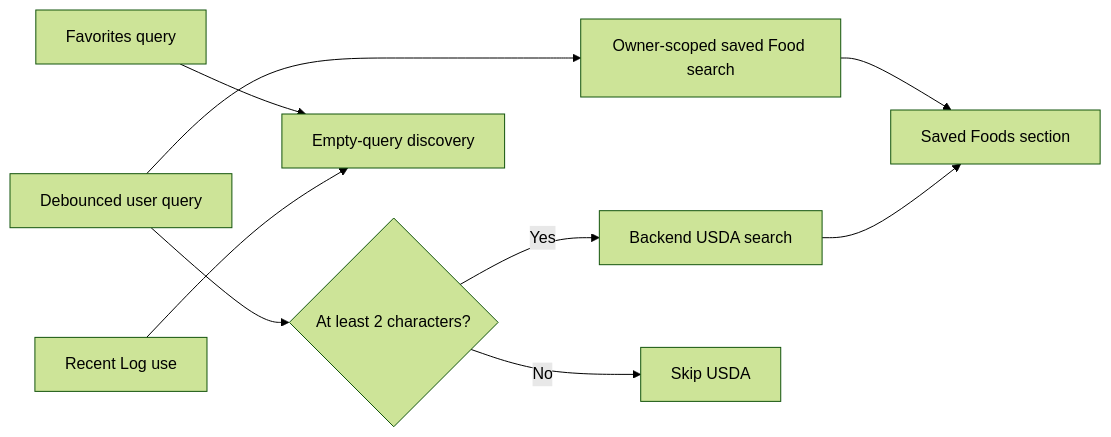
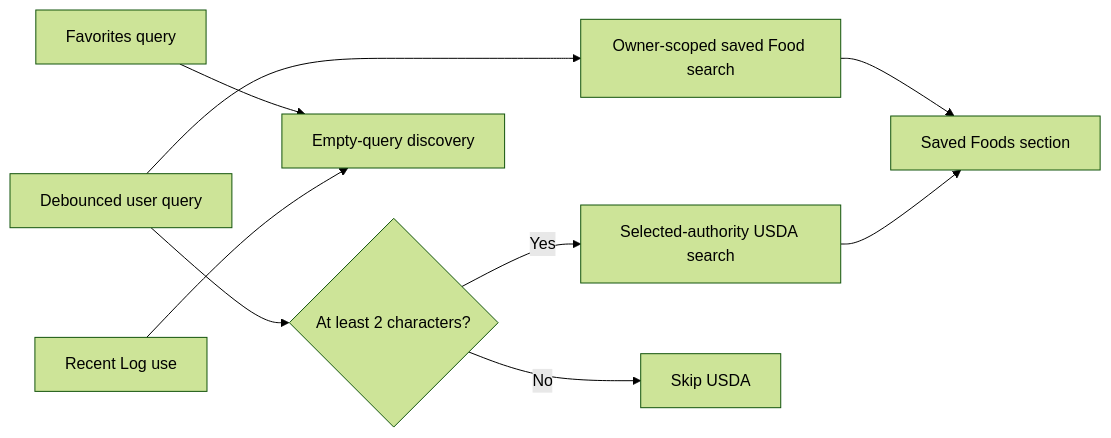
One commit to MitCaine/Nutrition-App changed the second of 2 diagrams in docs/features/ocr-search-and-offline.md. Above: the diagram before and after it, drawn with Mermaid (forest theme). The commit also changed other lines of this file and 13 other files, not shown here.

````diff
--- a/docs/features/ocr-search-and-offline.md
+++ b/docs/features/ocr-search-and-offline.md
@@ -83,11 +83,11 @@
 ```mermaid
 flowchart LR
     Query["Debounced user query"] --> Saved["Owner-scoped saved Food search"]
     Query --> Threshold{"At least 2 characters?"}
-    Threshold -- Yes --> USDA["Backend USDA search"]
+    Threshold -- Yes --> USDA["Selected-authority USDA search"]
     Threshold -- No --> NoUSDA["Skip USDA"]
     Saved --> Sections["Saved Foods section"]
     USDA --> Sections
     Favorites["Favorites query"] --> Discovery["Empty-query discovery"]
     Recents["Recent Log use"] --> Discovery
 ```
````
